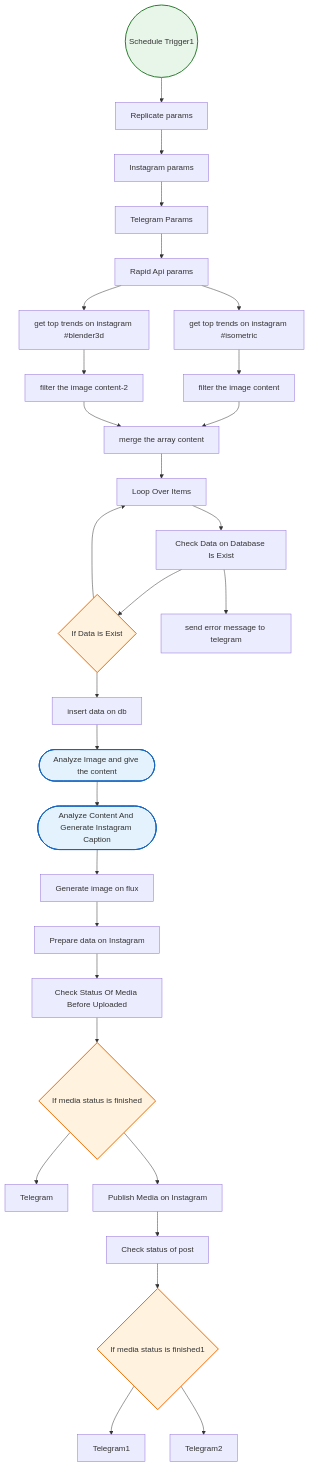
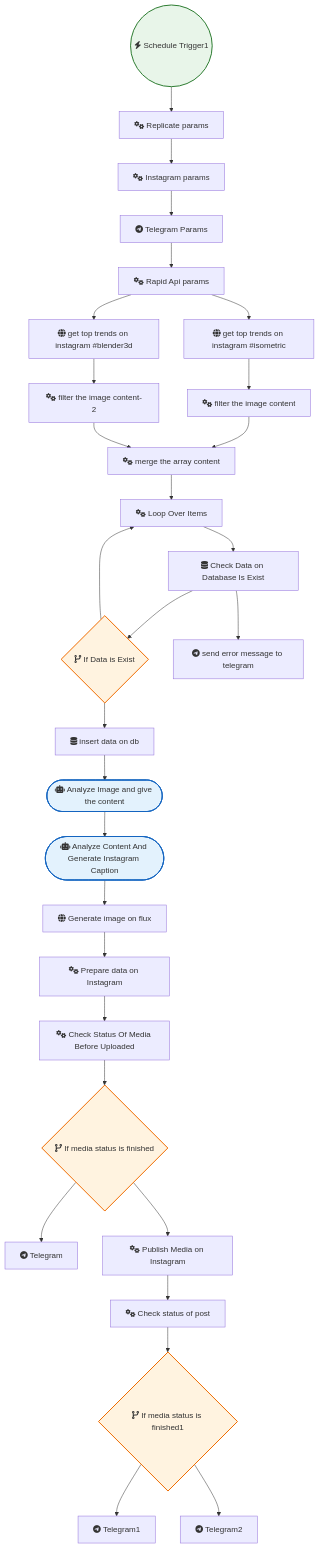
One commit to sreyash3105/N8N-DEMO-AUTOMATIONS changed the diagram in Instagram_Twitter_Social_Media/Generate Instagram Content from Top Trends with AI Image Generation.md. Above: the diagram before and after it, drawn with Mermaid. The commit also changed 291 other files, not shown here.

````diff
--- a/Instagram_Twitter_Social_Media/Generate Instagram Content from Top Trends with AI Image Generation.md
+++ b/Instagram_Twitter_Social_Media/Generate Instagram Content from Top Trends with AI Image Generation.md
@@ -1,63 +1,63 @@
 ```mermaid
 graph TD
     classDef trigger fill:#e8f5e9,stroke:#2e7d32,stroke-width:2px;
     classDef ai fill:#e3f2fd,stroke:#1565c0,stroke-width:2px;
     classDef logic fill:#fff3e0,stroke:#ef6c00,stroke-width:2px;
 
-    If_media_status_is_finished{"If media status is finished"}:::logic
-    If_media_status_is_finished1{"If media status is finished1"}:::logic
-    Telegram["Telegram"]
-    Telegram1["Telegram1"]
-    Telegram2["Telegram2"]
-    Loop_Over_Items["Loop Over Items"]
-    Schedule_Trigger1(("Schedule Trigger1")):::trigger
-    Telegram_Params["Telegram Params"]
-    Instagram_params["Instagram params"]
-    Rapid_Api_params["Rapid Api params"]
-    filter_the_image_content["filter the image content"]
-    get_top_trends_on_instagram__blender3d["get top trends on instagram #blender3d"]
-    get_top_trends_on_instagram__isometric["get top trends on instagram #isometric"]
-    merge_the_array_content["merge the array content"]
-    Check_Data_on_Database_Is_Exist["Check Data on Database Is Exist"]
-    If_Data_is_Exist{"If Data is Exist"}:::logic
-    send_error_message_to_telegram["send error message to telegram"]
-    insert_data_on_db["insert data on db"]
-    Analyze_Image_and_give_the_content(["Analyze Image and give the content"]):::ai
-    Analyze_Content_And_Generate_Instagram_Caption(["Analyze Content And Generate Instagram Caption"]):::ai
-    Prepare_data_on_Instagram["Prepare data on Instagram"]
-    Check_Status_Of_Media_Before_Uploaded["Check Status Of Media Before Uploaded"]
-    Publish_Media_on_Instagram["Publish Media on Instagram"]
-    Check_status_of_post_["Check status of post "]
-    filter_the_image_content_2["filter the image content-2"]
-    Replicate_params["Replicate params"]
-    Generate_image_on_flux["Generate image on flux"]
+    If_media_status_is_finished{"fas:fa-code-branch If media status is finished"}:::logic
+    If_media_status_is_finished1{"fas:fa-code-branch If media status is finished1"}:::logic
+    Telegram["fab:fa-telegram Telegram"]
+    Telegram1["fab:fa-telegram Telegram1"]
+    Telegram2["fab:fa-telegram Telegram2"]
+    Loop_Over_Items["fas:fa-cogs Loop Over Items"]
+    Schedule_Trigger1(("fas:fa-bolt Schedule Trigger1")):::trigger
+    Telegram_Params["fab:fa-telegram Telegram Params"]
+    Instagram_params["fas:fa-cogs Instagram params"]
+    Rapid_Api_params["fas:fa-cogs Rapid Api params"]
+    filter_the_image_content["fas:fa-cogs filter the image content"]
+    get_top_trends_on_instagram__blender3d["fas:fa-globe get top trends on instagram #blender3d"]
+    get_top_trends_on_instagram__isometric["fas:fa-globe get top trends on instagram #isometric"]
+    merge_the_array_content["fas:fa-cogs merge the array content"]
+    Check_Data_on_Database_Is_Exist["fas:fa-database Check Data on Database Is Exist"]
+    If_Data_is_Exist{"fas:fa-code-branch If Data is Exist"}:::logic
+    send_error_message_to_telegram["fab:fa-telegram send error message to telegram"]
+    insert_data_on_db["fas:fa-database insert data on db"]
+    Analyze_Image_and_give_the_content(["fas:fa-robot Analyze Image and give the content"]):::ai
+    Analyze_Content_And_Generate_Instagram_Caption(["fas:fa-robot Analyze Content And Generate Instagram Caption"]):::ai
+    Prepare_data_on_Instagram["fas:fa-cogs Prepare data on Instagram"]
+    Check_Status_Of_Media_Before_Uploaded["fas:fa-cogs Check Status Of Media Before Uploaded"]
+    Publish_Media_on_Instagram["fas:fa-cogs Publish Media on Instagram"]
+    Check_status_of_post_["fas:fa-cogs Check status of post "]
+    filter_the_image_content_2["fas:fa-cogs filter the image content-2"]
+    Replicate_params["fas:fa-cogs Replicate params"]
+    Generate_image_on_flux["fas:fa-globe Generate image on flux"]
 
     Loop_Over_Items --> Check_Data_on_Database_Is_Exist
     Telegram_Params --> Rapid_Api_params
     If_Data_is_Exist --> Loop_Over_Items
     If_Data_is_Exist --> insert_data_on_db
     Instagram_params --> Telegram_Params
     Rapid_Api_params --> get_top_trends_on_instagram__isometric
     Rapid_Api_params --> get_top_trends_on_instagram__blender3d
     Replicate_params --> Instagram_params
     Schedule_Trigger1 --> Replicate_params
     insert_data_on_db --> Analyze_Image_and_give_the_content
     Check_status_of_post_ --> If_media_status_is_finished1
     Generate_image_on_flux --> Prepare_data_on_Instagram
     merge_the_array_content --> Loop_Over_Items
     filter_the_image_content --> merge_the_array_content
     Prepare_data_on_Instagram --> Check_Status_Of_Media_Before_Uploaded
     Publish_Media_on_Instagram --> Check_status_of_post_
     filter_the_image_content_2 --> merge_the_array_content
     If_media_status_is_finished --> Publish_Media_on_Instagram
     If_media_status_is_finished --> Telegram
     If_media_status_is_finished1 --> Telegram1
     If_media_status_is_finished1 --> Telegram2
     Check_Data_on_Database_Is_Exist --> If_Data_is_Exist
     Check_Data_on_Database_Is_Exist --> send_error_message_to_telegram
     Analyze_Image_and_give_the_content --> Analyze_Content_And_Generate_Instagram_Caption
     Check_Status_Of_Media_Before_Uploaded --> If_media_status_is_finished
     get_top_trends_on_instagram__isometric --> filter_the_image_content
     get_top_trends_on_instagram__blender3d --> filter_the_image_content_2
     Analyze_Content_And_Generate_Instagram_Caption --> Generate_image_on_flux
 ```
````
